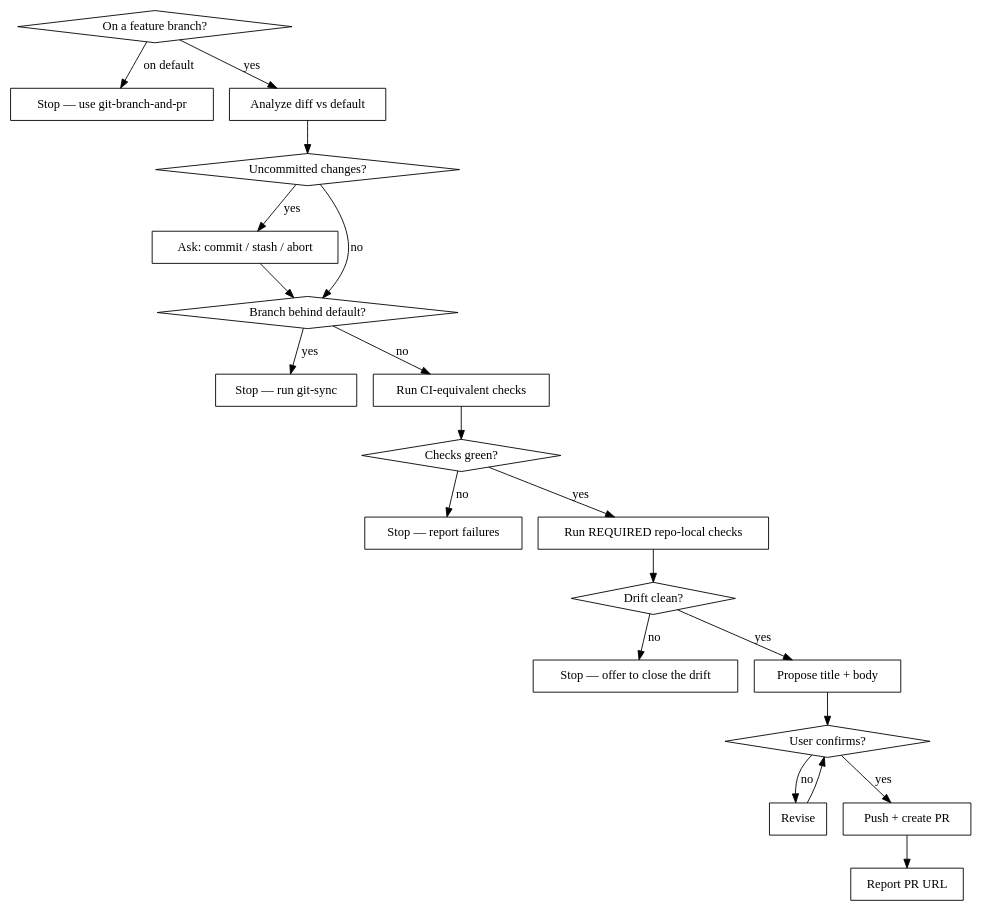
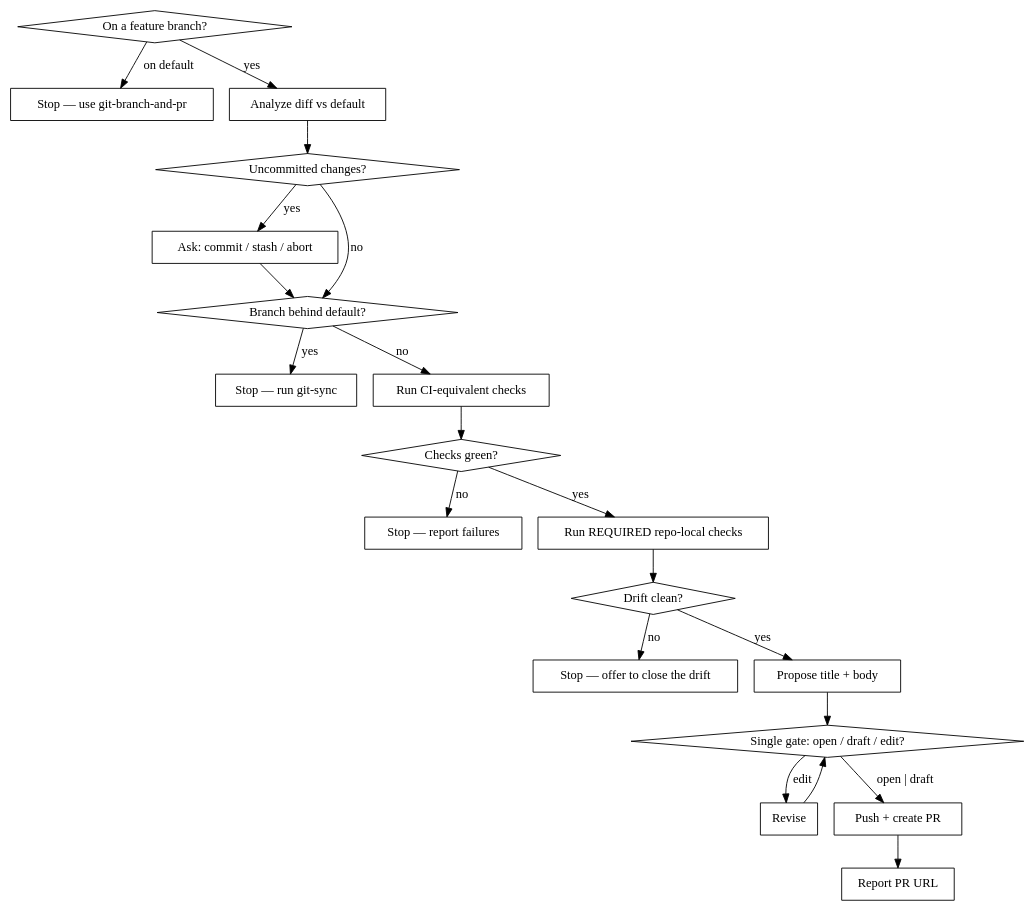
One commit to l0lxl0lw/dotfiles changed the diagram in ai/shared/skills/git/git-pr/SKILL.md. Above: the diagram before and after it, drawn with Graphviz. The commit also changed other lines of this file and 4 other files, not shown here.

First line of the commit message:
refactor(skills): collapse the git skills to a single question gate

````diff
--- a/ai/shared/skills/git/git-pr/SKILL.md
+++ b/ai/shared/skills/git/git-pr/SKILL.md
@@ -62,42 +62,42 @@
 ```dot
 digraph pr {
     "On a feature branch?" [shape=diamond];
     "Stop — use git-branch-and-pr" [shape=box];
     "Analyze diff vs default" [shape=box];
     "Uncommitted changes?" [shape=diamond];
     "Ask: commit / stash / abort" [shape=box];
     "Branch behind default?" [shape=diamond];
     "Stop — run git-sync" [shape=box];
     "Run CI-equivalent checks" [shape=box];
     "Checks green?" [shape=diamond];
     "Stop — report failures" [shape=box];
     "Run REQUIRED repo-local checks" [shape=box];
     "Drift clean?" [shape=diamond];
     "Stop — offer to close the drift" [shape=box];
     "Propose title + body" [shape=box];
-    "User confirms?" [shape=diamond];
+    "Single gate: open / draft / edit?" [shape=diamond];
     "Revise" [shape=box];
     "Push + create PR" [shape=box];
     "Report PR URL" [shape=box];
 
     "On a feature branch?" -> "Stop — use git-branch-and-pr" [label="on default"];
     "On a feature branch?" -> "Analyze diff vs default" [label="yes"];
     "Analyze diff vs default" -> "Uncommitted changes?";
     "Uncommitted changes?" -> "Ask: commit / stash / abort" [label="yes"];
     "Uncommitted changes?" -> "Branch behind default?" [label="no"];
     "Ask: commit / stash / abort" -> "Branch behind default?";
     "Branch behind default?" -> "Stop — run git-sync" [label="yes"];
     "Branch behind default?" -> "Run CI-equivalent checks" [label="no"];
     "Run CI-equivalent checks" -> "Checks green?";
     "Checks green?" -> "Stop — report failures" [label="no"];
     "Checks green?" -> "Run REQUIRED repo-local checks" [label="yes"];
     "Run REQUIRED repo-local checks" -> "Drift clean?";
     "Drift clean?" -> "Stop — offer to close the drift" [label="no"];
     "Drift clean?" -> "Propose title + body" [label="yes"];
-    "Propose title + body" -> "User confirms?";
-    "User confirms?" -> "Revise" [label="no"];
-    "Revise" -> "User confirms?";
-    "User confirms?" -> "Push + create PR" [label="yes"];
+    "Propose title + body" -> "Single gate: open / draft / edit?";
+    "Single gate: open / draft / edit?" -> "Revise" [label="edit"];
+    "Revise" -> "Single gate: open / draft / edit?";
+    "Single gate: open / draft / edit?" -> "Push + create PR" [label="open | draft"];
     "Push + create PR" -> "Report PR URL";
 }
 ```
````
